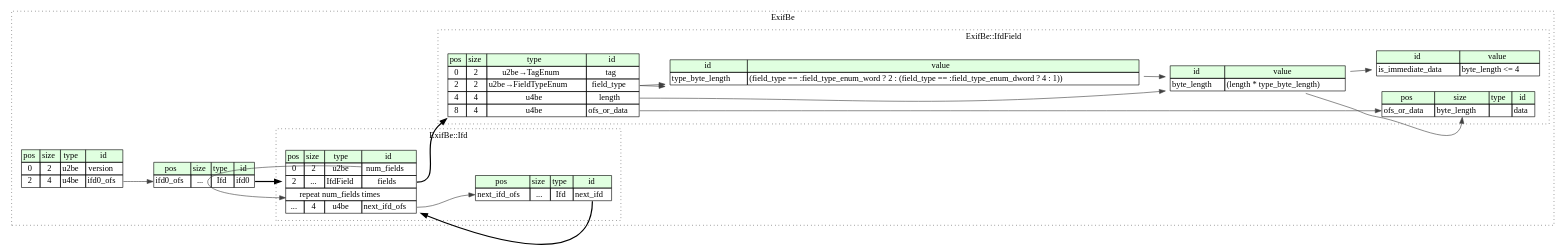
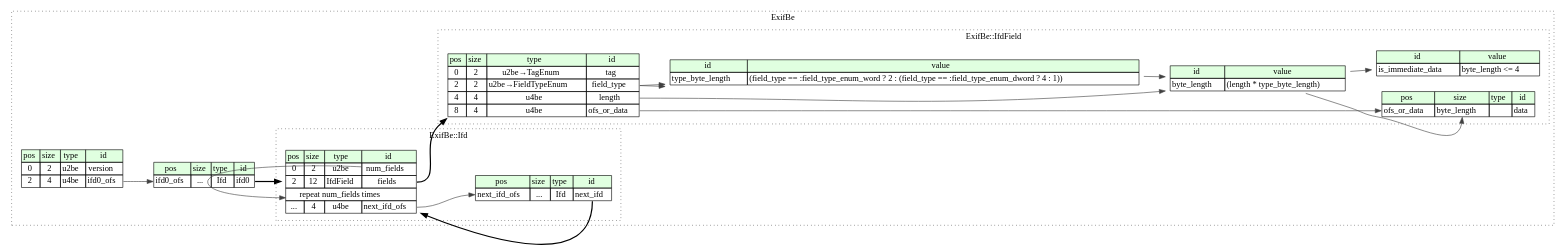
The diagram in exif_be/src/graphviz/exif_be.dot (kaitai-io/formats-kaitai-io.github.io), drawn with Graphviz before and after one commit. The commit also changed 1654 other files, not shown here.

```diff
--- a/exif_be/src/graphviz/exif_be.dot
+++ b/exif_be/src/graphviz/exif_be.dot
@@ -1,75 +1,75 @@
 digraph {
 	rankdir=LR;
 	node [shape=plaintext];
 	subgraph cluster__exif_be {
 		label="ExifBe";
 		graph[style=dotted];
 
 		exif_be__seq [label=<<TABLE BORDER="0" CELLBORDER="1" CELLSPACING="0">
 			<TR><TD BGCOLOR="#E0FFE0">pos</TD><TD BGCOLOR="#E0FFE0">size</TD><TD BGCOLOR="#E0FFE0">type</TD><TD BGCOLOR="#E0FFE0">id</TD></TR>
 			<TR><TD PORT="version_pos">0</TD><TD PORT="version_size">2</TD><TD>u2be</TD><TD PORT="version_type">version</TD></TR>
 			<TR><TD PORT="ifd0_ofs_pos">2</TD><TD PORT="ifd0_ofs_size">4</TD><TD>u4be</TD><TD PORT="ifd0_ofs_type">ifd0_ofs</TD></TR>
 		</TABLE>>];
 		exif_be__inst__ifd0 [label=<<TABLE BORDER="0" CELLBORDER="1" CELLSPACING="0">
 			<TR><TD BGCOLOR="#E0FFE0">pos</TD><TD BGCOLOR="#E0FFE0">size</TD><TD BGCOLOR="#E0FFE0">type</TD><TD BGCOLOR="#E0FFE0">id</TD></TR>
 			<TR><TD PORT="ifd0_pos">ifd0_ofs</TD><TD PORT="ifd0_size">...</TD><TD>Ifd</TD><TD PORT="ifd0_type">ifd0</TD></TR>
 		</TABLE>>];
 		subgraph cluster__ifd {
 			label="ExifBe::Ifd";
 			graph[style=dotted];
 
 			ifd__seq [label=<<TABLE BORDER="0" CELLBORDER="1" CELLSPACING="0">
 				<TR><TD BGCOLOR="#E0FFE0">pos</TD><TD BGCOLOR="#E0FFE0">size</TD><TD BGCOLOR="#E0FFE0">type</TD><TD BGCOLOR="#E0FFE0">id</TD></TR>
 				<TR><TD PORT="num_fields_pos">0</TD><TD PORT="num_fields_size">2</TD><TD>u2be</TD><TD PORT="num_fields_type">num_fields</TD></TR>
-				<TR><TD PORT="fields_pos">2</TD><TD PORT="fields_size">...</TD><TD>IfdField</TD><TD PORT="fields_type">fields</TD></TR>
+				<TR><TD PORT="fields_pos">2</TD><TD PORT="fields_size">12</TD><TD>IfdField</TD><TD PORT="fields_type">fields</TD></TR>
 				<TR><TD COLSPAN="4" PORT="fields__repeat">repeat num_fields times</TD></TR>
 				<TR><TD PORT="next_ifd_ofs_pos">...</TD><TD PORT="next_ifd_ofs_size">4</TD><TD>u4be</TD><TD PORT="next_ifd_ofs_type">next_ifd_ofs</TD></TR>
 			</TABLE>>];
 			ifd__inst__next_ifd [label=<<TABLE BORDER="0" CELLBORDER="1" CELLSPACING="0">
 				<TR><TD BGCOLOR="#E0FFE0">pos</TD><TD BGCOLOR="#E0FFE0">size</TD><TD BGCOLOR="#E0FFE0">type</TD><TD BGCOLOR="#E0FFE0">id</TD></TR>
 				<TR><TD PORT="next_ifd_pos">next_ifd_ofs</TD><TD PORT="next_ifd_size">...</TD><TD>Ifd</TD><TD PORT="next_ifd_type">next_ifd</TD></TR>
 			</TABLE>>];
 		}
 		subgraph cluster__ifd_field {
 			label="ExifBe::IfdField";
 			graph[style=dotted];
 
 			ifd_field__seq [label=<<TABLE BORDER="0" CELLBORDER="1" CELLSPACING="0">
 				<TR><TD BGCOLOR="#E0FFE0">pos</TD><TD BGCOLOR="#E0FFE0">size</TD><TD BGCOLOR="#E0FFE0">type</TD><TD BGCOLOR="#E0FFE0">id</TD></TR>
 				<TR><TD PORT="tag_pos">0</TD><TD PORT="tag_size">2</TD><TD>u2be→TagEnum</TD><TD PORT="tag_type">tag</TD></TR>
 				<TR><TD PORT="field_type_pos">2</TD><TD PORT="field_type_size">2</TD><TD>u2be→FieldTypeEnum</TD><TD PORT="field_type_type">field_type</TD></TR>
 				<TR><TD PORT="length_pos">4</TD><TD PORT="length_size">4</TD><TD>u4be</TD><TD PORT="length_type">length</TD></TR>
 				<TR><TD PORT="ofs_or_data_pos">8</TD><TD PORT="ofs_or_data_size">4</TD><TD>u4be</TD><TD PORT="ofs_or_data_type">ofs_or_data</TD></TR>
 			</TABLE>>];
 			ifd_field__inst__type_byte_length [label=<<TABLE BORDER="0" CELLBORDER="1" CELLSPACING="0">
 				<TR><TD BGCOLOR="#E0FFE0">id</TD><TD BGCOLOR="#E0FFE0">value</TD></TR>
 				<TR><TD>type_byte_length</TD><TD>(field_type == :field_type_enum_word ? 2 : (field_type == :field_type_enum_dword ? 4 : 1))</TD></TR>
 			</TABLE>>];
 			ifd_field__inst__byte_length [label=<<TABLE BORDER="0" CELLBORDER="1" CELLSPACING="0">
 				<TR><TD BGCOLOR="#E0FFE0">id</TD><TD BGCOLOR="#E0FFE0">value</TD></TR>
 				<TR><TD>byte_length</TD><TD>(length * type_byte_length)</TD></TR>
 			</TABLE>>];
 			ifd_field__inst__is_immediate_data [label=<<TABLE BORDER="0" CELLBORDER="1" CELLSPACING="0">
 				<TR><TD BGCOLOR="#E0FFE0">id</TD><TD BGCOLOR="#E0FFE0">value</TD></TR>
 				<TR><TD>is_immediate_data</TD><TD>byte_length &lt;= 4</TD></TR>
 			</TABLE>>];
 			ifd_field__inst__data [label=<<TABLE BORDER="0" CELLBORDER="1" CELLSPACING="0">
 				<TR><TD BGCOLOR="#E0FFE0">pos</TD><TD BGCOLOR="#E0FFE0">size</TD><TD BGCOLOR="#E0FFE0">type</TD><TD BGCOLOR="#E0FFE0">id</TD></TR>
 				<TR><TD PORT="data_pos">ofs_or_data</TD><TD PORT="data_size">byte_length</TD><TD></TD><TD PORT="data_type">data</TD></TR>
 			</TABLE>>];
 		}
 	}
 	exif_be__seq:ifd0_ofs_type -> exif_be__inst__ifd0:ifd0_pos [color="#404040"];
 	exif_be__inst__ifd0:ifd0_type -> ifd__seq [style=bold];
 	ifd__seq:fields_type -> ifd_field__seq [style=bold];
 	ifd__seq:num_fields_type -> ifd__seq:fields__repeat [color="#404040"];
 	ifd__seq:next_ifd_ofs_type -> ifd__inst__next_ifd:next_ifd_pos [color="#404040"];
 	ifd__inst__next_ifd:next_ifd_type -> ifd__seq [style=bold];
 	ifd_field__seq:field_type_type -> ifd_field__inst__type_byte_length [color="#404040"];
 	ifd_field__seq:field_type_type -> ifd_field__inst__type_byte_length [color="#404040"];
 	ifd_field__seq:length_type -> ifd_field__inst__byte_length [color="#404040"];
 	ifd_field__inst__type_byte_length:type_byte_length_type -> ifd_field__inst__byte_length [color="#404040"];
 	ifd_field__inst__byte_length:byte_length_type -> ifd_field__inst__is_immediate_data [color="#404040"];
 	ifd_field__seq:ofs_or_data_type -> ifd_field__inst__data:data_pos [color="#404040"];
 	ifd_field__inst__byte_length:byte_length_type -> ifd_field__inst__data:data_size [color="#404040"];
 }
```
